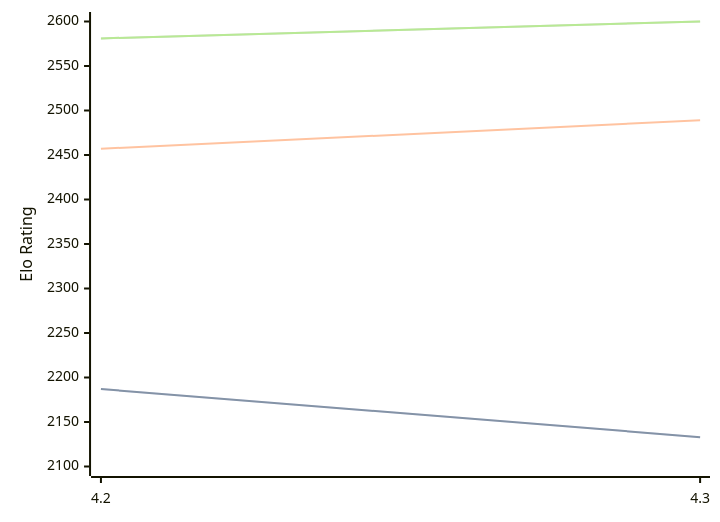
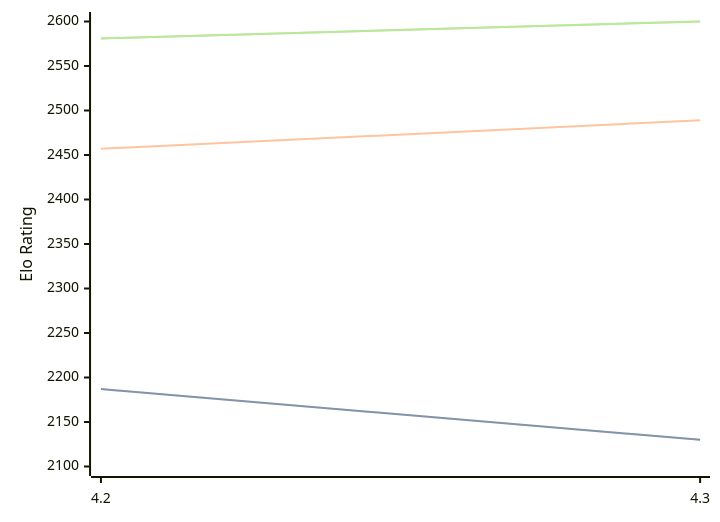
One commit to computer-chess-index/cci changed the diagram in engines/Eubos.md. Above: the diagram before and after it, drawn with Mermaid. The commit also changed other lines of this file, not shown here.

Commit message:
Update CCI Ratings (ELO VLTC) - 2026-04-12

````diff
--- a/engines/Eubos.md
+++ b/engines/Eubos.md
@@ -88,11 +88,11 @@
 ```mermaid
 %%{init: {"theme":"base","themeVariables":{"seriesColors:['#a3a3a3','#222221','#faa371']}}}%%
 xychart-beta
   x-axis ["4.2", "4.3"]
   y-axis "Elo Rating" 2100 --> 2600
-  line "STC (8.0+0.08s)" [2187, 2133]
-  line "STC (8.0+0.08s)" [2187, 2133]
+  line "STC (8.0+0.08s)" [2187, 2130]
+  line "STC (8.0+0.08s)" [2187, 2130]
   line "LTC (60.0+0.60s)" [2457, 2489]
   line "VLTC (2m24s+1.12s)" [2581, 2600]
   line "VLTC (2m24s+1.12s)" [2581, 2600]
 ```
````
